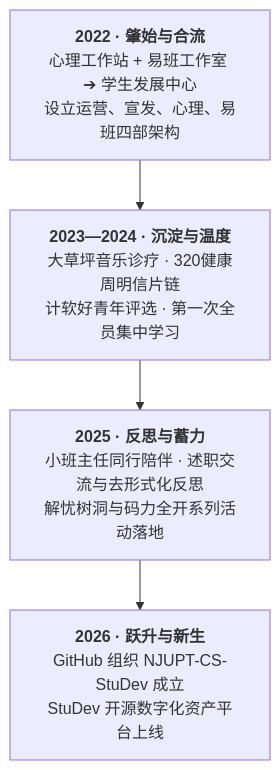
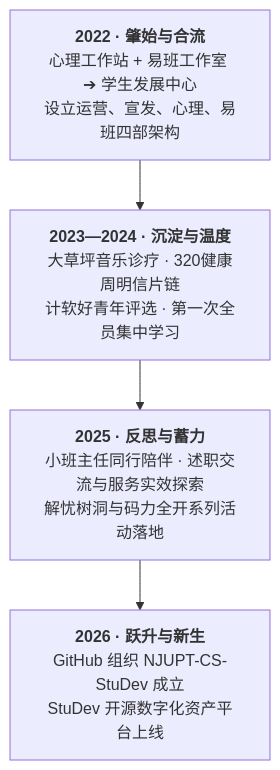
Before and after one commit to NJUPT-CS-StuDev/studev: the third of 3 diagrams in src/content/about/organizational-genesis.md, drawn with Mermaid. The commit also changed other lines of this file and 9 other files, not shown here.

````diff
--- a/src/content/about/organizational-genesis.md
+++ b/src/content/about/organizational-genesis.md
@@ -214,7 +214,7 @@
 ```mermaid
 graph TD
     T2022["<b>2022 · 肇始与合流</b><br/>心理工作站 + 易班工作室 ➔ 学生发展中心<br/>设立运营、宣发、心理、易班四部架构"]
     --> T2023["<b>2023—2024 · 沉淀与温度</b><br/>大草坪音乐诊疗 · 320健康周明信片链<br/>计软好青年评选 · 第一次全员集中学习"]
-    --> T2025["<b>2025 · 反思与蓄力</b><br/>小班主任同行陪伴 · 述职交流与去形式化反思<br/>解忧树洞与码力全开系列活动落地"]
+    --> T2025["<b>2025 · 反思与蓄力</b><br/>小班主任同行陪伴 · 述职交流与服务实效探索<br/>解忧树洞与码力全开系列活动落地"]
     --> T2026["<b>2026 · 跃升与新生</b><br/>GitHub 组织 NJUPT-CS-StuDev 成立<br/>StuDev 开源数字化资产平台上线"]
 ```
````
